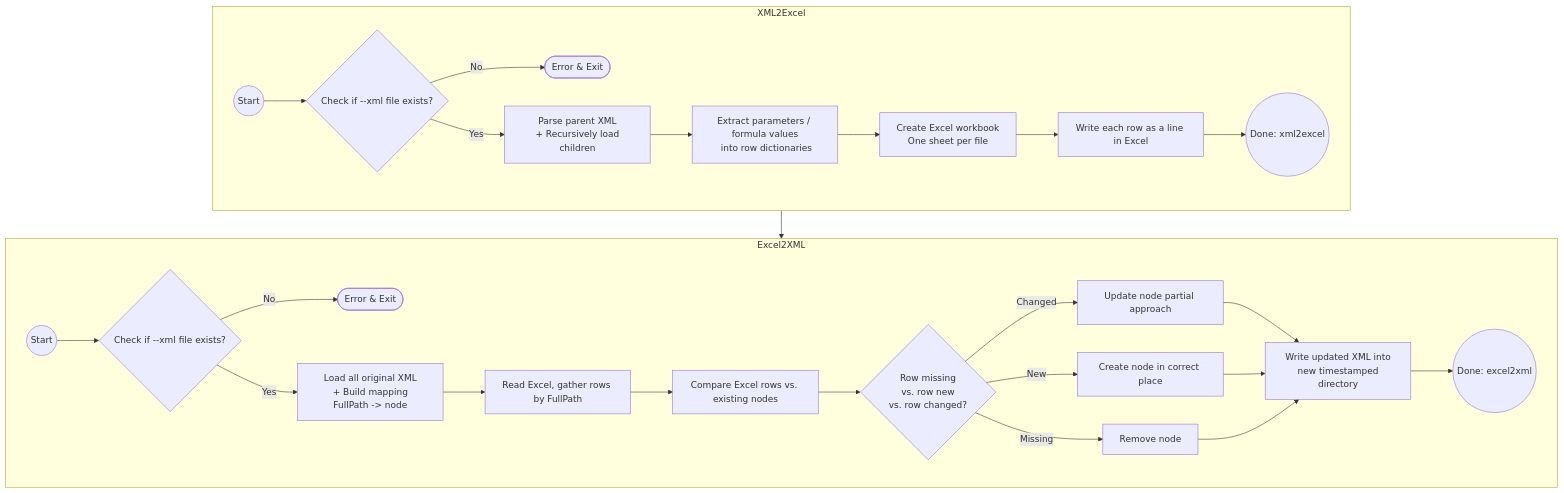
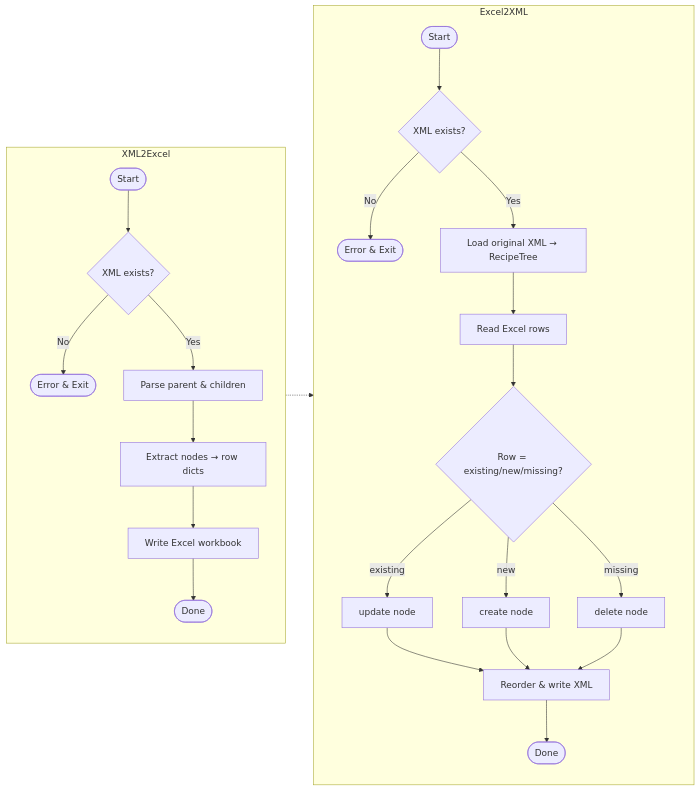
The diagram in README.md (marcelo-6/ftbatch-bulk-edit), drawn with Mermaid before and after one commit. The commit also changed other lines of this file and 3 other files, not shown here.

````diff
--- a/README.md
+++ b/README.md
@@ -250,48 +171,28 @@
 ```mermaid
-flowchart TB
- subgraph XML2Excel["XML2Excel"]
-        A2{"Check if --xml file exists?"}
-        A1(("Start"))
-        A3(["Error & Exit"])
-        A4["Parse parent XML<br> + Recursively load children"]
-        A5["Extract parameters / formula values<br> into row dictionaries"]
-        A6["Create Excel workbook<br>One sheet per file"]
-        A7["Write each row as a line in Excel"]
-        A8(("Done: xml2excel"))
+flowchart LR
+  subgraph XML2Excel
+    A1([Start]) --> A2{XML exists?}
+    A2 -- No --> A3([Error & Exit])
+    A2 -- Yes --> A4[Parse parent & children]
+    A4 --> A5[Extract nodes → row dicts]
+    A5 --> A6[Write Excel workbook]
+    A6 --> A7([Done])
   end
- subgraph Excel2XML["Excel2XML"]
-        B2{"Check if --xml file exists?"}
-        B1(("Start"))
-        B3(["Error & Exit"])
-        B4["Load all original XML<br> + Build mapping FullPath -&gt; node"]
-        B5["Read Excel, gather rows by FullPath"]
-        B6["Compare Excel rows vs. existing nodes"]
-        B7{"Row missing <br> vs. row new <br> vs. row changed?"}
-        B8["Remove node"]
-        B9["Create node in correct place"]
-        B10["Update node partial approach"]
-        B11["Write updated XML into<br> new timestamped directory"]
-        B12(("Done: excel2xml"))
+
+  subgraph Excel2XML
+    B1([Start]) --> B2{XML exists?}
+    B2 -- No --> B3([Error & Exit])
+    B2 -- Yes --> B4[Load original XML → RecipeTree]
+    B4 --> B5[Read Excel rows]
+    B5 --> B6{"Row = existing/new/missing?"}
+    B6 -- existing --> B7[update node]
+    B6 -- new      --> B8[create node]
+    B6 -- missing  --> B9[delete node]
+    B7 --> B10[Reorder & write XML]
+    B8 --> B10
+    B9 --> B10
+    B10 --> B11([Done])
   end
-    A1 --> A2
-    A2 -- No --> A3
-    A2 -- Yes --> A4
-    A4 --> A5
-    A5 --> A6
-    A6 --> A7
-    A7 --> A8
-    B1 --> B2
-    B2 -- No --> B3
-    B2 -- Yes --> B4
-    B4 --> B5
-    B5 --> B6
-    B6 --> B7
-    B7 -- Missing --> B8
-    B7 -- New --> B9
-    B7 -- Changed --> B10
-    B10 --> B11
-    B9 --> B11
-    B8 --> B11
-    B11 --> B12
-    XML2Excel --> Excel2XML
+
+  XML2Excel -.-> Excel2XML
 ```
````
